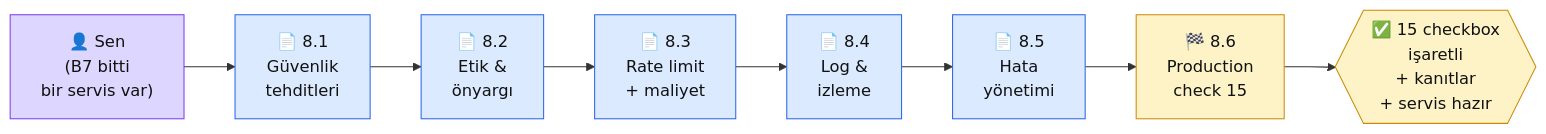
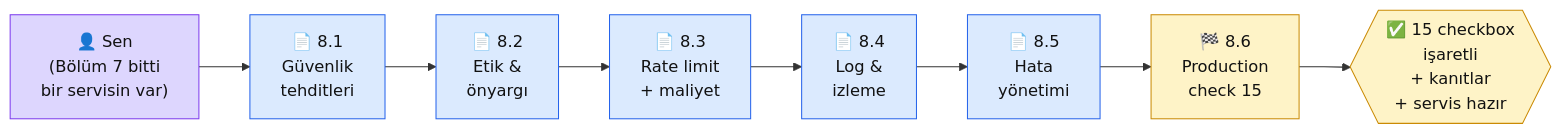
The diagram in docs/bolum-8/index.md (KemalG-u/muhendisal-platform), drawn with Mermaid before and after one commit. The commit also changed other lines of this file and 6 other files, not shown here.

````diff
--- a/docs/bolum-8/index.md
+++ b/docs/bolum-8/index.md
@@ -31,22 +31,22 @@
 ```mermaid
 flowchart LR
-  S["👤 Sen\n(B7 bitti\nbir servis var)"]
+  S["👤 Sen\n(Bölüm 7 bitti\nbir servisin var)"]
   P81["📄 8.1\nGüvenlik\ntehditleri"]
   P82["📄 8.2\nEtik &\nönyargı"]
   P83["📄 8.3\nRate limit\n+ maliyet"]
   P84["📄 8.4\nLog &\nizleme"]
   P85["📄 8.5\nHata\nyönetimi"]
   P86["🏁 8.6\nProduction\ncheck 15"]
   OUT{{"✅ 15 checkbox\nişaretli\n+ kanıtlar\n+ servis hazır"}}
 
   S --> P81 --> P82 --> P83 --> P84 --> P85 --> P86 --> OUT
 
   classDef user fill:#ddd6fe,stroke:#7c3aed,color:#111
   classDef page fill:#dbeafe,stroke:#2563eb,color:#111
   classDef pilot fill:#fef3c7,stroke:#ca8a04,color:#111
   classDef goal fill:#fef3c7,stroke:#ca8a04,color:#111
   class S user
   class P81,P82,P83,P84,P85 page
   class P86 pilot
   class OUT goal
 ```
````
